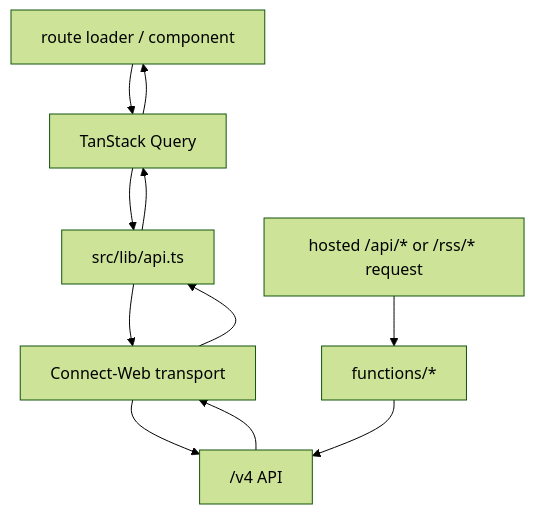
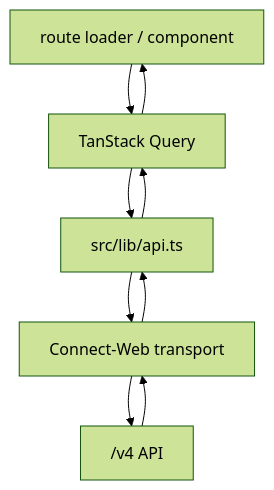
The third of 4 diagrams in docs/ARCHITECTURE.md (chill-institute/chill-institute-web), drawn with Mermaid (forest theme) before and after one commit. The commit also changed other lines of this file and 5 other files, not shown here.

Commit message:
fix(web): remove hosted api and rss redirects

````diff
--- a/docs/ARCHITECTURE.md
+++ b/docs/ARCHITECTURE.md
@@ -64,13 +58,11 @@
 ```mermaid
 graph TD
   Route["route loader / component"] --> Query["TanStack Query"]
   Query --> API["src/lib/api.ts"]
   API --> Transport["Connect-Web transport"]
   Transport --> Backend["/v4 API"]
   Backend --> Transport
   Transport --> API
   API --> Query
   Query --> Route
-  LegacyRoute["hosted /api/* or /rss/* request"] --> Edge["functions/*"]
-  Edge --> Backend
 ```
````
